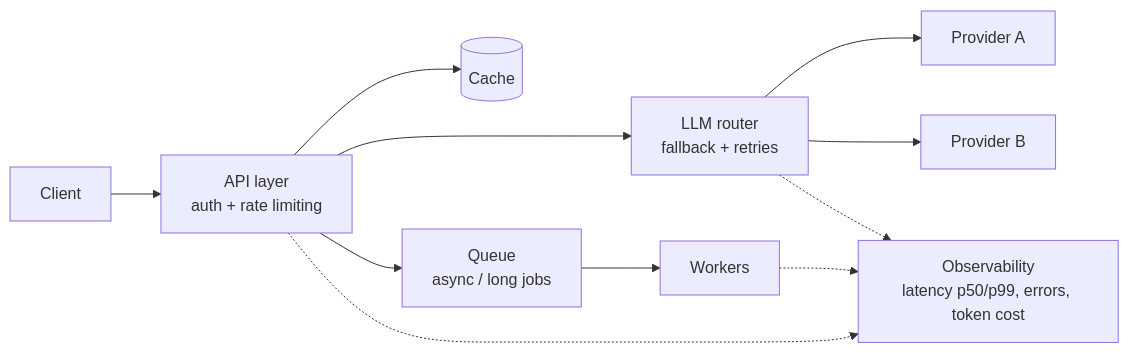
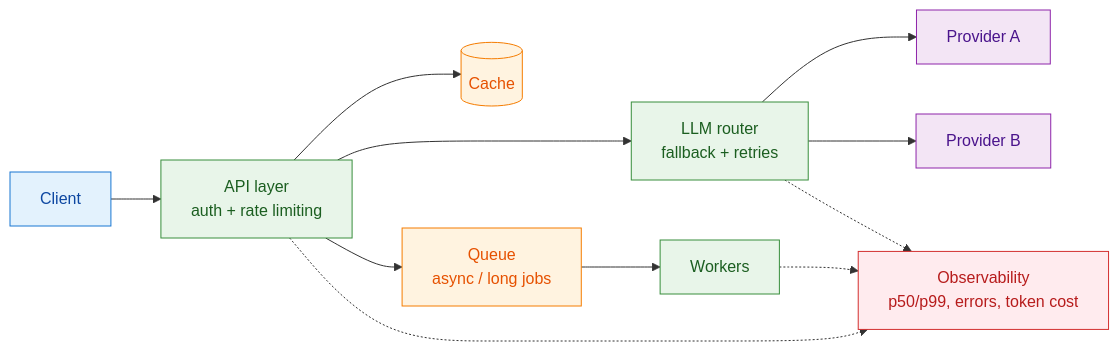
One commit to Tushar01yadav/Tushar01yadav changed the diagram in README.md. Above: the diagram before and after it, drawn with Mermaid. The commit also changed other lines of this file, not shown here.

````diff
--- a/README.md
+++ b/README.md
@@ -12,13 +31,19 @@
 ```mermaid
 flowchart LR
-    C[Client] --> A["API layer<br/>auth + rate limiting"]
-    A --> CA[("Cache")]
-    A --> R["LLM router<br/>fallback + retries"]
-    R --> P1[Provider A]
-    R --> P2[Provider B]
-    A --> Q["Queue<br/>async / long jobs"]
-    Q --> W[Workers]
-    A -.-> O["Observability<br/>latency p50/p99, errors, token cost"]
+    C[Client]:::client --> A["API layer<br/>auth + rate limiting"]:::api
+    A --> CA[("Cache")]:::data
+    A --> R["LLM router<br/>fallback + retries"]:::api
+    R --> P1[Provider A]:::llm
+    R --> P2[Provider B]:::llm
+    A --> Q["Queue<br/>async / long jobs"]:::data
+    Q --> W[Workers]:::api
+    A -.-> O["Observability<br/>p50/p99, errors, token cost"]:::obs
     R -.-> O
     W -.-> O
+
+    classDef client fill:#E3F2FD,stroke:#1976D2,color:#0D47A1
+    classDef api fill:#E8F5E9,stroke:#388E3C,color:#1B5E20
+    classDef data fill:#FFF3E0,stroke:#F57C00,color:#E65100
+    classDef llm fill:#F3E5F5,stroke:#8E24AA,color:#4A148C
+    classDef obs fill:#FFEBEE,stroke:#D32F2F,color:#B71C1C
 ```
````
